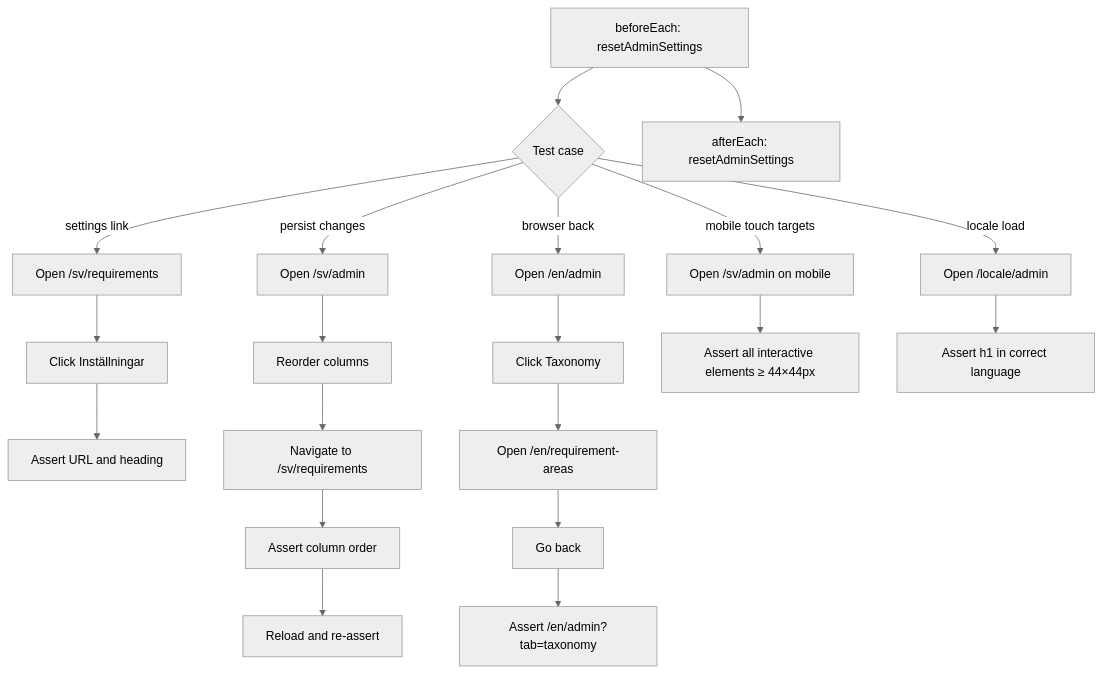
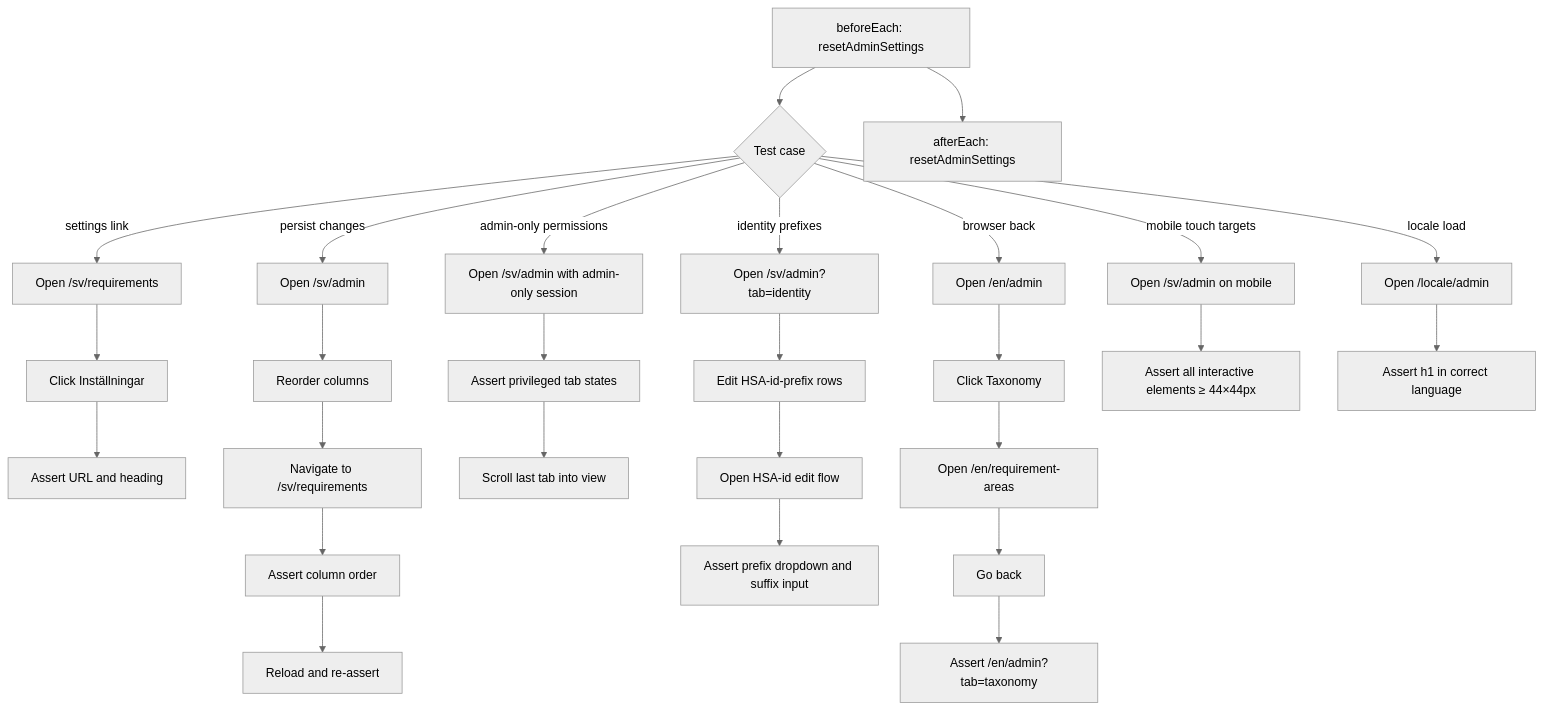
Before and after one commit to viscalyx/Kravhantering: the first of 9 diagrams in tests/integration/admin-entrypoint.md, drawn with Mermaid (neutral theme). The commit also changed other lines of this file and 351 other files, not shown here.

````diff
--- a/tests/integration/admin-entrypoint.md
+++ b/tests/integration/admin-entrypoint.md
@@ -23,22 +26,29 @@
 ```mermaid
 flowchart TD
     A[beforeEach: resetAdminSettings] --> B{Test case}
     B -- settings link --> C[Open /sv/requirements]
     C --> D[Click Inställningar]
     D --> E[Assert URL and heading]
     B -- persist changes --> F[Open /sv/admin]
     F --> H[Reorder columns]
     H --> I[Navigate to /sv/requirements]
     I --> K[Assert column order]
     K --> L[Reload and re-assert]
+    B -- admin-only permissions --> AA[Open /sv/admin with admin-only session]
+    AA --> AB[Assert privileged tab states]
+    AB --> AC[Scroll last tab into view]
+    B -- identity prefixes --> W[Open /sv/admin?tab=identity]
+    W --> X[Edit HSA-id-prefix rows]
+    X --> Y[Open HSA-id edit flow]
+    Y --> Z[Assert prefix dropdown and suffix input]
     B -- browser back --> M[Open /en/admin]
     M --> N[Click Taxonomy]
     N --> O[Open /en/requirement-areas]
     O --> P[Go back]
     P --> Q[Assert /en/admin?tab=taxonomy]
     B -- mobile touch targets --> R[Open /sv/admin on mobile]
     R --> S[Assert all interactive elements ≥ 44×44px]
     B -- locale load --> T[Open /locale/admin]
     T --> U[Assert h1 in correct language]
     A --> V[afterEach: resetAdminSettings]
 ```
````
